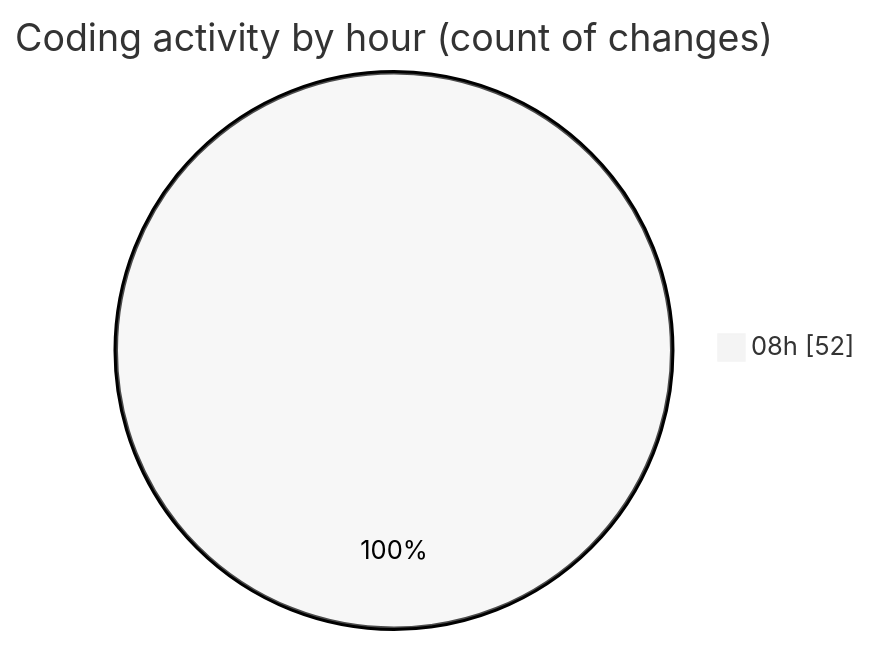
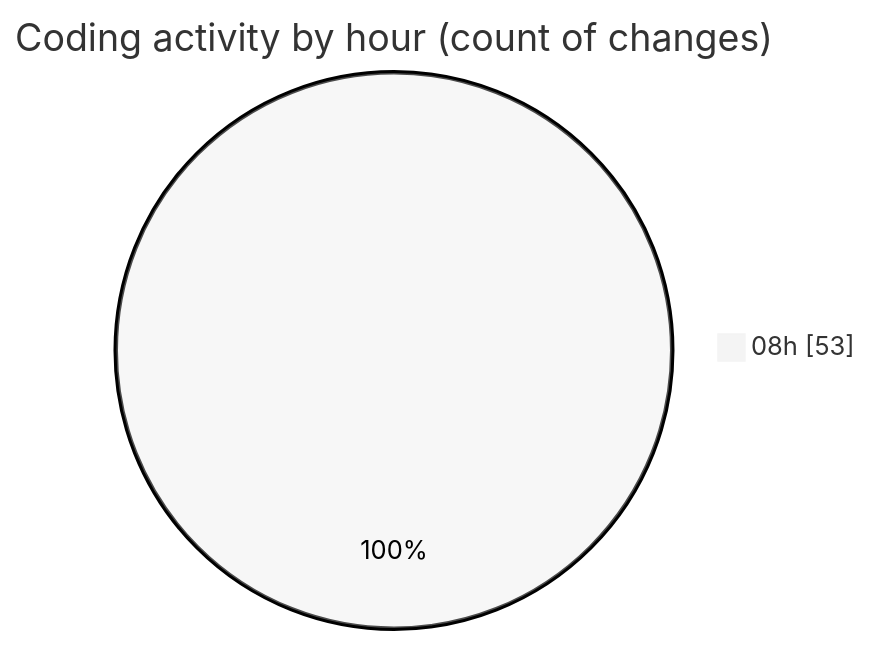
Before and after one commit to charlie-sans/code-tracking: the second of 2 diagrams in 2025-04-29/c-masm/README.md, drawn with Mermaid (neutral theme). The commit also changed other lines of this file and 1 other file, not shown here.

````diff
--- a/2025-04-29/c-masm/README.md
+++ b/2025-04-29/c-masm/README.md
@@ -47,5 +47,5 @@
 ```mermaid
 pie showData
 title Coding activity by hour (count of changes)
-"08h" : 52
+"08h" : 53
 ```
````
